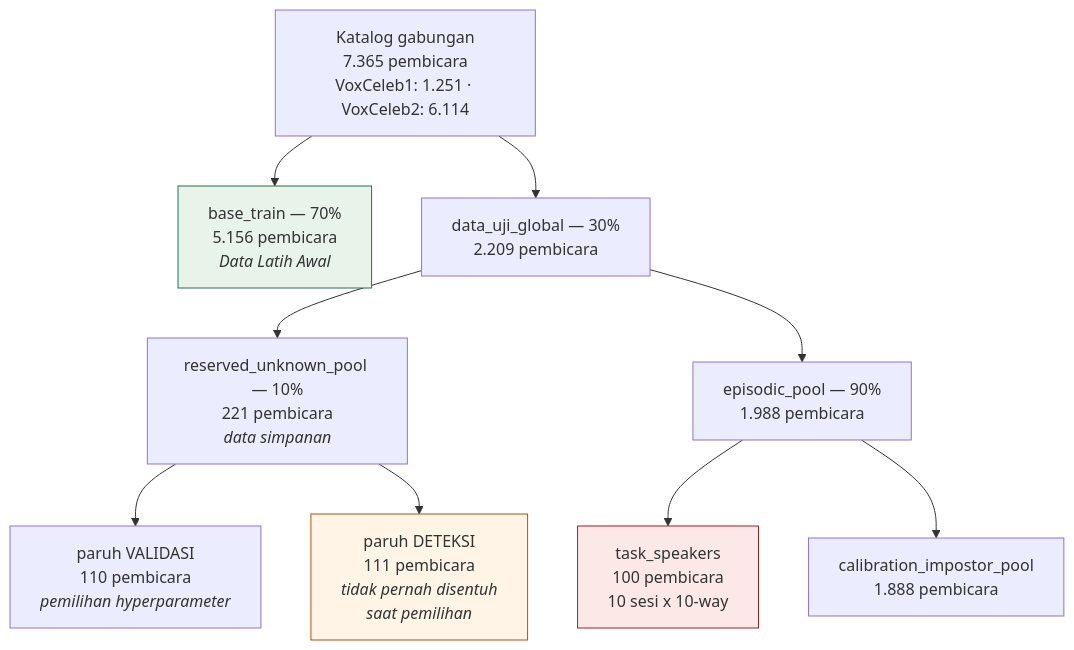
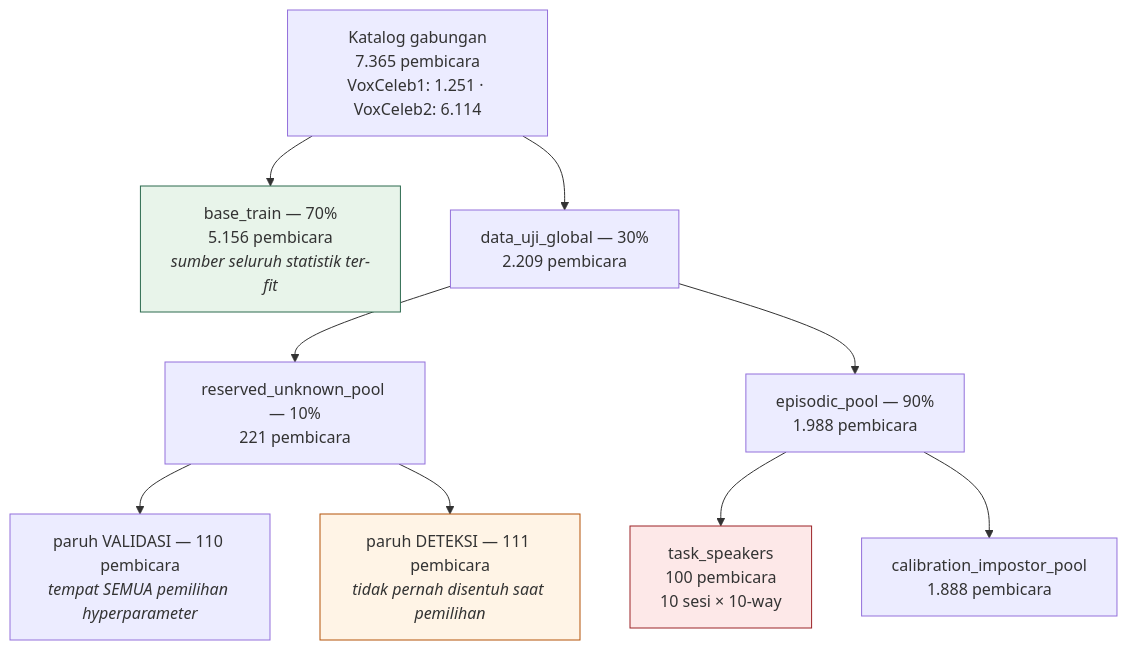
Before and after one commit to nilammufidah19/Incremental-OpenSet-SpeakerRecognition: the first of 4 diagrams in docs/experiment-6.md, drawn with Mermaid. The commit also changed other lines of this file, not shown here.

````diff
--- a/docs/experiment-6.md
+++ b/docs/experiment-6.md
@@ -93,15 +78,15 @@
 ```mermaid
 flowchart TD
-    A["Katalog gabungan<br/>7.365 pembicara<br/>VoxCeleb1: 1.251 · VoxCeleb2: 6.114"] --> B["base_train — 70%<br/>5.156 pembicara<br/><i>Data Latih Awal</i>"]
+    A["Katalog gabungan<br/>7.365 pembicara<br/>VoxCeleb1: 1.251 · VoxCeleb2: 6.114"] --> B["base_train — 70%<br/>5.156 pembicara<br/><i>sumber seluruh statistik ter-fit</i>"]
     A --> C["data_uji_global — 30%<br/>2.209 pembicara"]
-    C --> D["reserved_unknown_pool — 10%<br/>221 pembicara<br/><i>data simpanan</i>"]
+    C --> D["reserved_unknown_pool — 10%<br/>221 pembicara"]
     C --> E["episodic_pool — 90%<br/>1.988 pembicara"]
-    E --> F["task_speakers<br/>100 pembicara<br/>10 sesi x 10-way"]
+    E --> F["task_speakers<br/>100 pembicara<br/>10 sesi × 10-way"]
     E --> G["calibration_impostor_pool<br/>1.888 pembicara"]
-    D --> H["paruh VALIDASI<br/>110 pembicara<br/><i>pemilihan hyperparameter</i>"]
-    D --> I["paruh DETEKSI<br/>111 pembicara<br/><i>tidak pernah disentuh<br/>saat pemilihan</i>"]
+    D --> H["paruh VALIDASI — 110 pembicara<br/><i>tempat SEMUA pemilihan hyperparameter</i>"]
+    D --> I["paruh DETEKSI — 111 pembicara<br/><i>tidak pernah disentuh saat pemilihan</i>"]
 
     style B fill:#e8f4ea,stroke:#2d6a4f
     style F fill:#fde8e8,stroke:#9b2226
     style I fill:#fff4e6,stroke:#b45309
 ```
````
